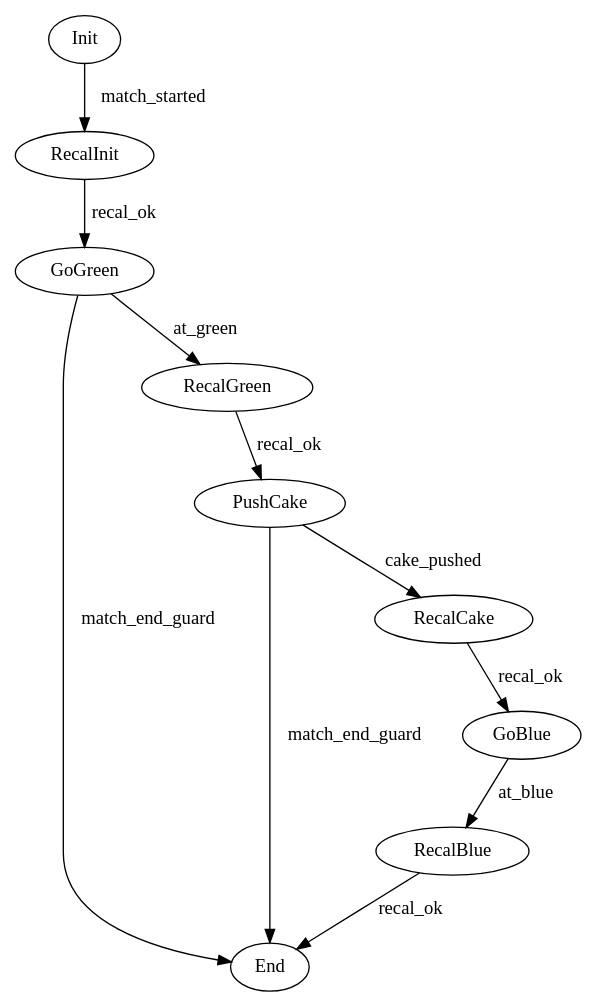
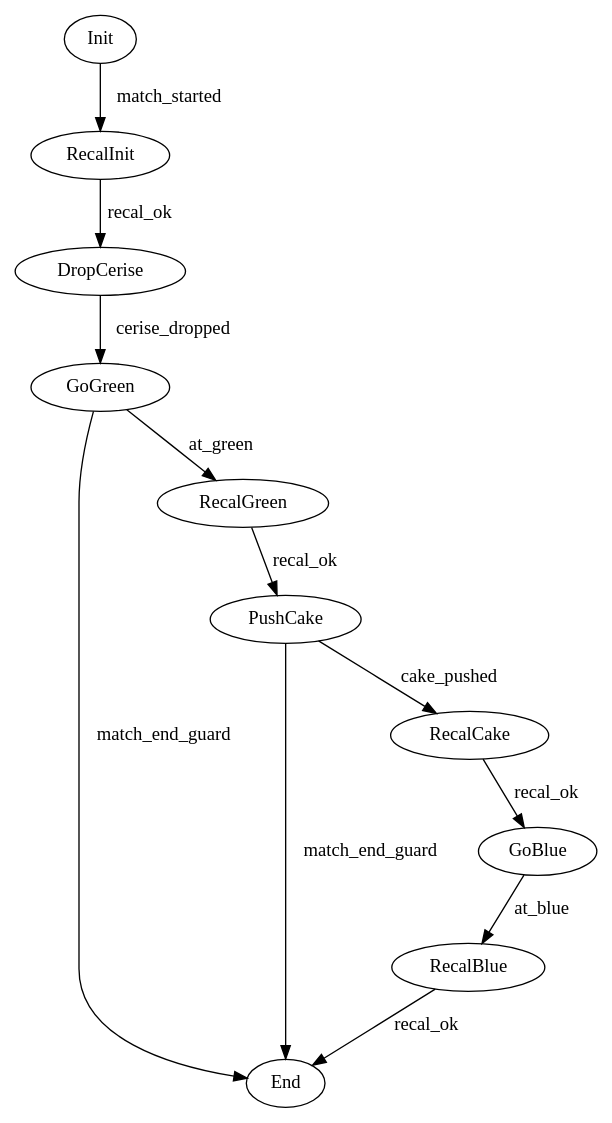
The diagram in src/strategieRobot/strategy_test.dot (ENACRobotique/robot_rpi_2023), drawn with Graphviz before and after one commit. The commit also changed 1 other file, not shown here.

Commit message:
Add drop cerises state

```diff
--- a/src/strategieRobot/strategy_test.dot
+++ b/src/strategieRobot/strategy_test.dot
@@ -1,25 +1,28 @@
 #init Init
 digraph statemachine {
 
     //blue side state machine 
     Init [comment="enter:init_enter;leave:init_leave"]
     End  [comment="enter:end_enter"]
+    DropCerise [comment="enter:cerise_enter;leave:cerise_leave"]
     GoGreen [comment="enter:gogreen_enter;loop:loop_gogreen"]
     PushCake [comment="enter:pushcake_enter;leave:pushcake_leave"]
     GoBlue  [comment="enter:goblue_enter;leave:goblue_leave"]
     RecalInit [comment="enter:debut_recal"]
     RecalGreen [comment="enter:debut_recal"]
     RecalCake [comment="enter:debut_recal"]
     RecalBlue [comment="enter:debut_recal"]
 
     Init -> RecalInit [label="match_started"]
-    RecalInit -> GoGreen [label="recal_ok"]
+    //Init -> GoGreen [label="match_started"]
+    RecalInit -> DropCerise [label="recal_ok"]
+    DropCerise -> GoGreen [label="cerise_dropped"]
     GoGreen -> RecalGreen [label="at_green"]
     RecalGreen -> PushCake [label="recal_ok"]
     PushCake -> RecalCake [label="cake_pushed"]
     RecalCake -> GoBlue [label="recal_ok"]
     GoBlue -> RecalBlue [label="at_blue"]
     RecalBlue -> End [label="recal_ok"]
     {GoGreen PushCake} -> End [label="match_end_guard"]
 
 }
```
